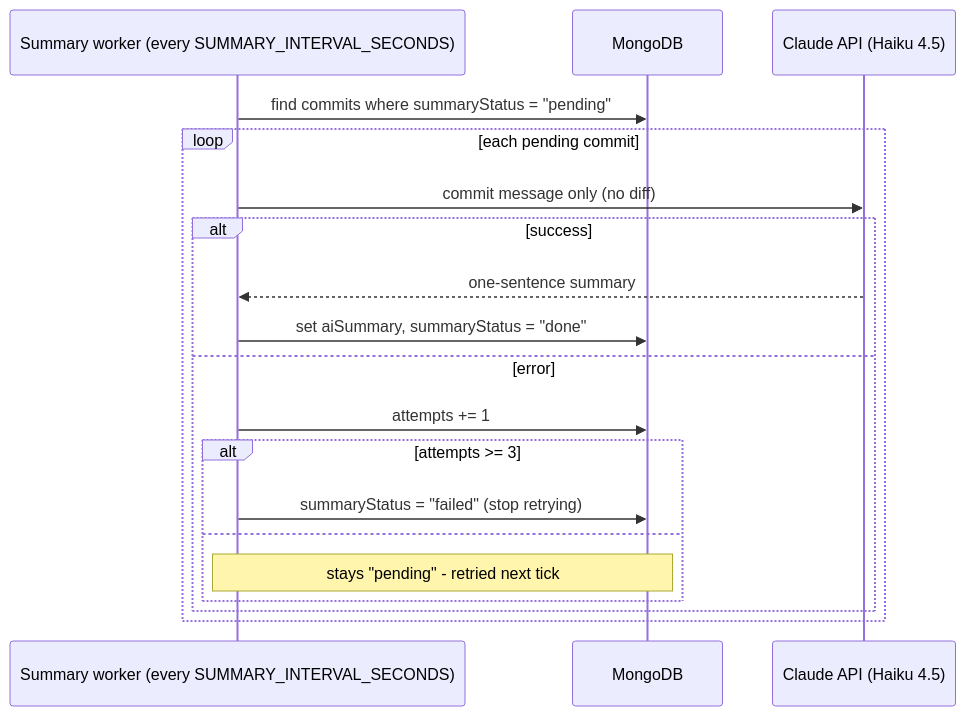
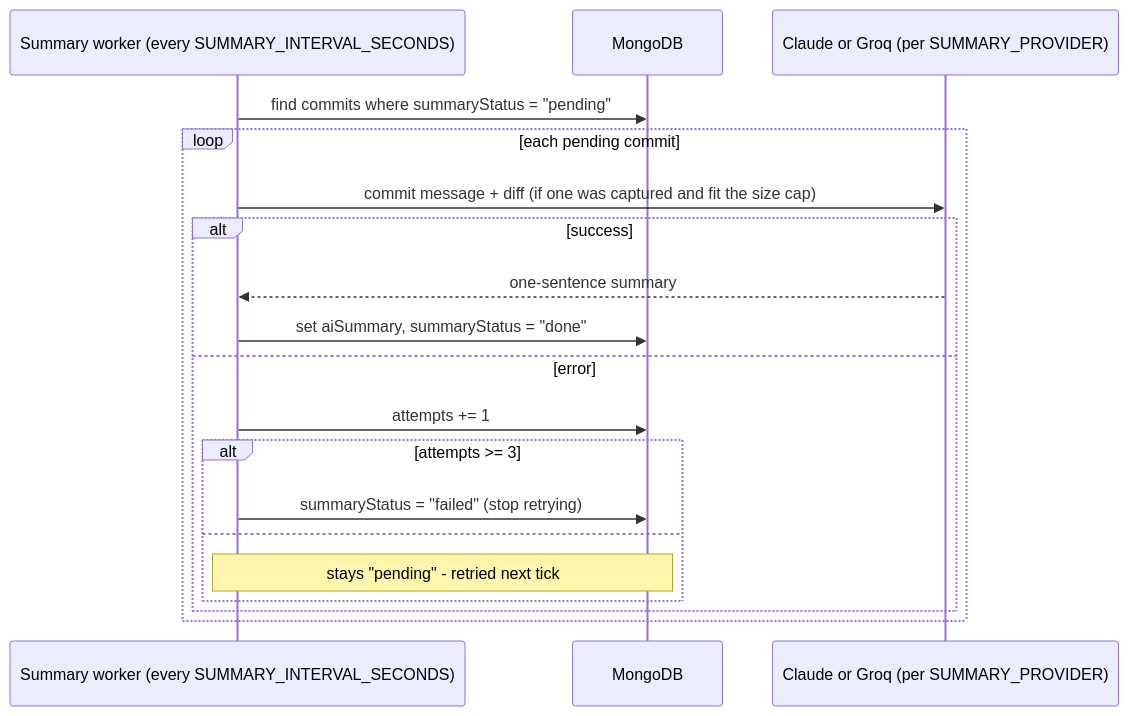
One commit to AparnaSingh09/commit-notification-app changed the fifth of 7 diagrams in README.md. Above: the diagram before and after it, drawn with Mermaid. The commit also changed other lines of this file and 18 other files, not shown here.

Commit message:
Add integration of qwen instead of anthropic api to get summary of commits

````diff
--- a/README.md
+++ b/README.md
@@ -177,22 +200,22 @@
 ```mermaid
 sequenceDiagram
     participant S as Summary worker (every SUMMARY_INTERVAL_SECONDS)
     participant DB as MongoDB
-    participant C as Claude API (Haiku 4.5)
+    participant C as Claude or Groq (per SUMMARY_PROVIDER)
 
     S->>DB: find commits where summaryStatus = "pending"
     loop each pending commit
-        S->>C: commit message only (no diff)
+        S->>C: commit message + diff (if one was captured and fit the size cap)
         alt success
             C-->>S: one-sentence summary
             S->>DB: set aiSummary, summaryStatus = "done"
         else error
             S->>DB: attempts += 1
             alt attempts >= 3
                 S->>DB: summaryStatus = "failed" (stop retrying)
             else
                 Note over S,DB: stays "pending" - retried next tick
             end
         end
     end
 ```
````
